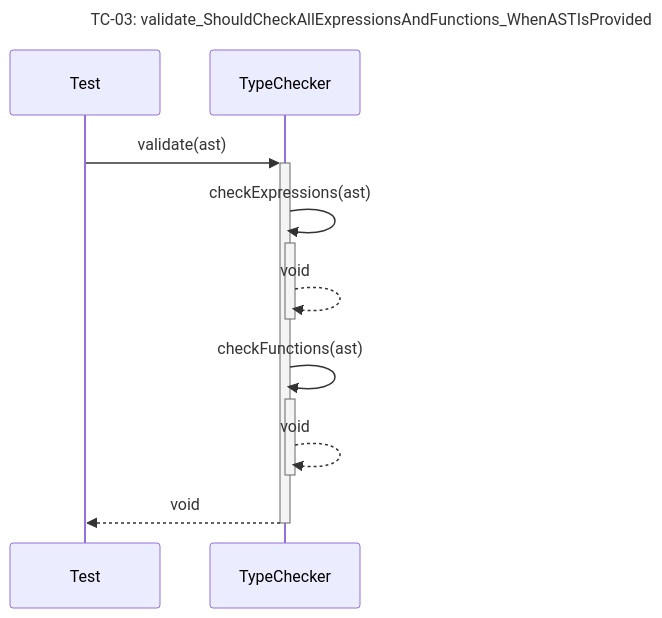
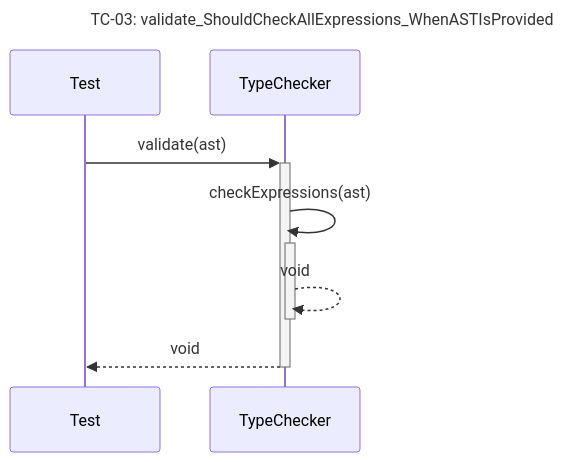
One commit to Dikhang1112/Database_Management_BBV changed diagram 13 of 24 in docs/unit_test/query_prossor/SequeceTestCase.md. Above: the diagram before and after it, drawn with Mermaid. The commit also changed other lines of this file and 16 other files, not shown here.

````diff
--- a/docs/unit_test/query_prossor/SequeceTestCase.md
+++ b/docs/unit_test/query_prossor/SequeceTestCase.md
@@ -197,13 +194,11 @@
 ```mermaid
 sequenceDiagram
-    title TC-03: validate_ShouldCheckAllExpressionsAndFunctions_WhenASTIsProvided
+    title TC-03: validate_ShouldCheckAllExpressions_WhenASTIsProvided
     participant Test
     participant TypeChecker
 
     Test->>+TypeChecker: validate(ast)
     TypeChecker->>+TypeChecker: checkExpressions(ast)
     TypeChecker-->>-TypeChecker: void
-    TypeChecker->>+TypeChecker: checkFunctions(ast)
-    TypeChecker-->>-TypeChecker: void
     TypeChecker-->>-Test: void
 ```
````
